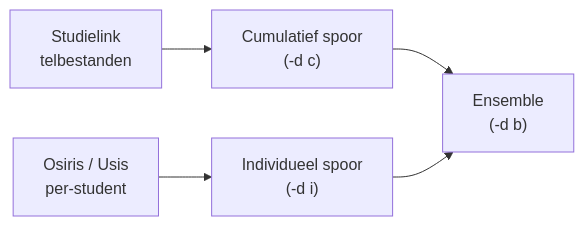
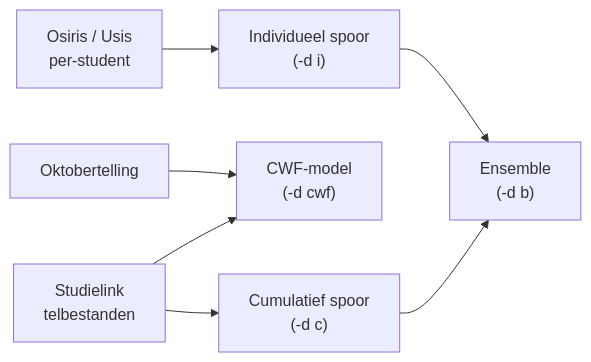
One commit to cedanl/studentprognose changed the diagram in docs/methodologie/index.md. Above: the diagram before and after it, drawn with Mermaid. The commit also changed other lines of this file and 71 other files, not shown here.

First line of the commit message:
feat: CWF-model als derde model naast individueel en cumulatief (-d cwf) (#308) (#309)

````diff
--- a/docs/methodologie/index.md
+++ b/docs/methodologie/index.md
@@ -28,6 +34,8 @@
 ```mermaid
 flowchart LR
     SL["Studielink\ntelbestanden"] --> CUM["Cumulatief spoor\n(-d c)"]
     SIS["Osiris / Usis\nper-student"] --> IND["Individueel spoor\n(-d i)"]
     CUM & IND --> ENS["Ensemble\n(-d b)"]
+    SL --> CWF["CWF-model\n(-d cwf)"]
+    OKT["Oktobertelling"] --> CWF
 ```
````
